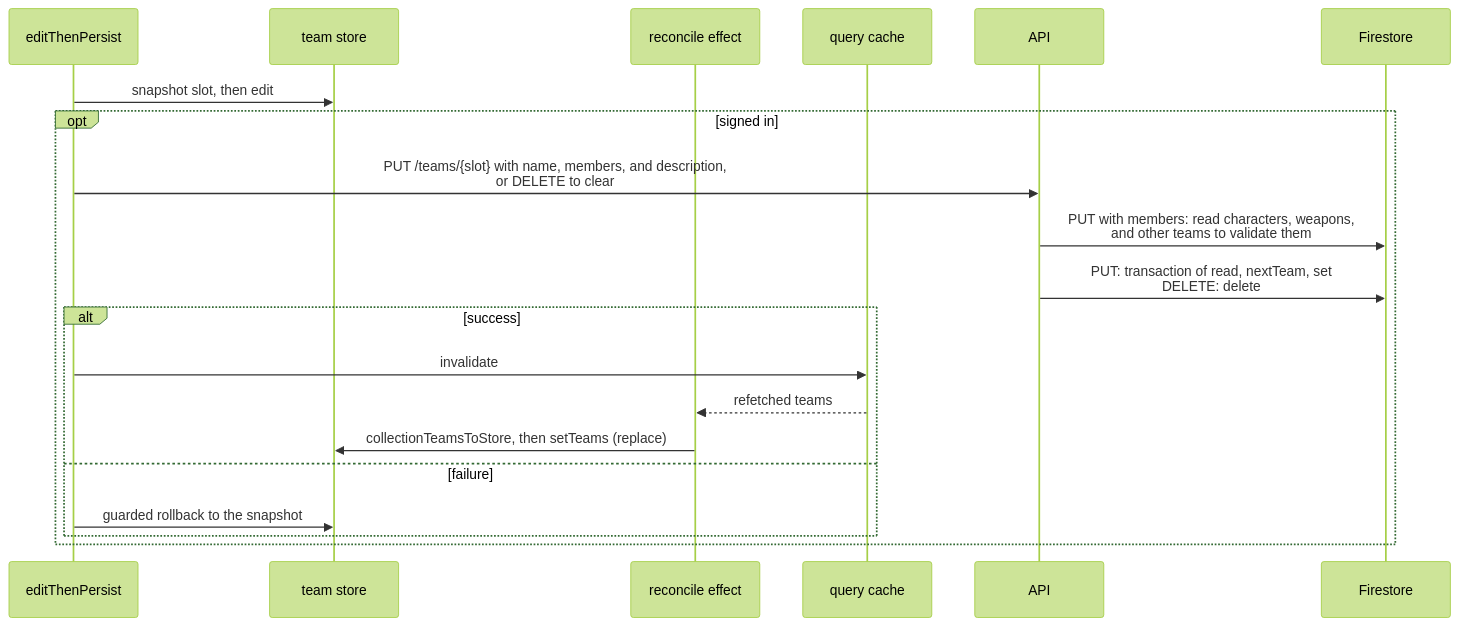
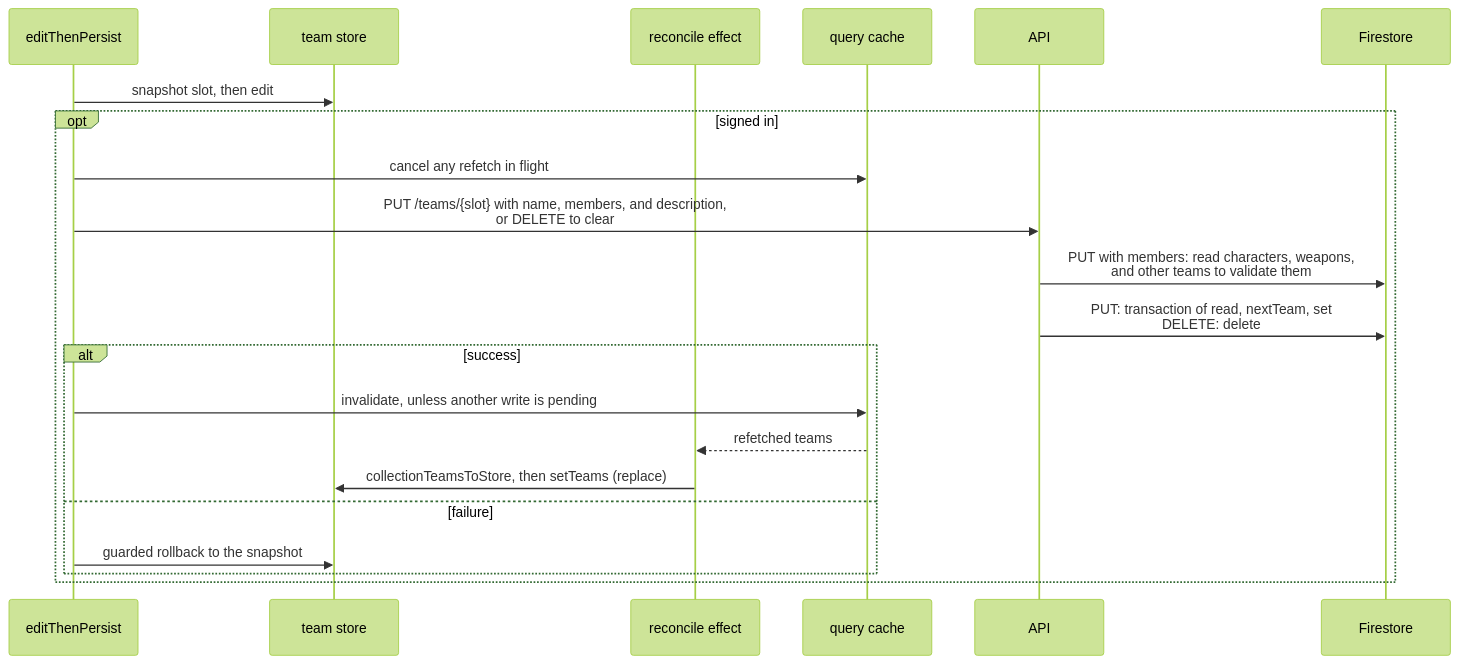
Before and after one commit to dungeon-studio/genshin.dungeon.studio: the third of 4 diagrams in docs/reference/data-flow-write-paths.md, drawn with Mermaid (forest theme). The commit also changed other lines of this file and 10 other files, not shown here.

````diff
--- a/docs/reference/data-flow-write-paths.md
+++ b/docs/reference/data-flow-write-paths.md
@@ -129,23 +139,24 @@
 ```mermaid
 sequenceDiagram
   participant Hook as editThenPersist
   participant Store as team store
   participant Reconcile as reconcile effect
   participant Cache as query cache
   participant API as API
   participant FS as Firestore
 
   Hook->>Store: snapshot slot, then edit
   opt signed in
+    Hook->>Cache: cancel any refetch in flight
     Hook->>API: PUT /teams/{slot} with name, members, and description,<br>or DELETE to clear
     API->>FS: PUT with members: read characters, weapons,<br>and other teams to validate them
     API->>FS: PUT: transaction of read, nextTeam, set<br>DELETE: delete
     alt success
-      Hook->>Cache: invalidate
+      Hook->>Cache: invalidate, unless another write is pending
       Cache-->>Reconcile: refetched teams
       Reconcile->>Store: collectionTeamsToStore, then setTeams (replace)
     else failure
       Hook->>Store: guarded rollback to the snapshot
     end
   end
 ```
````
